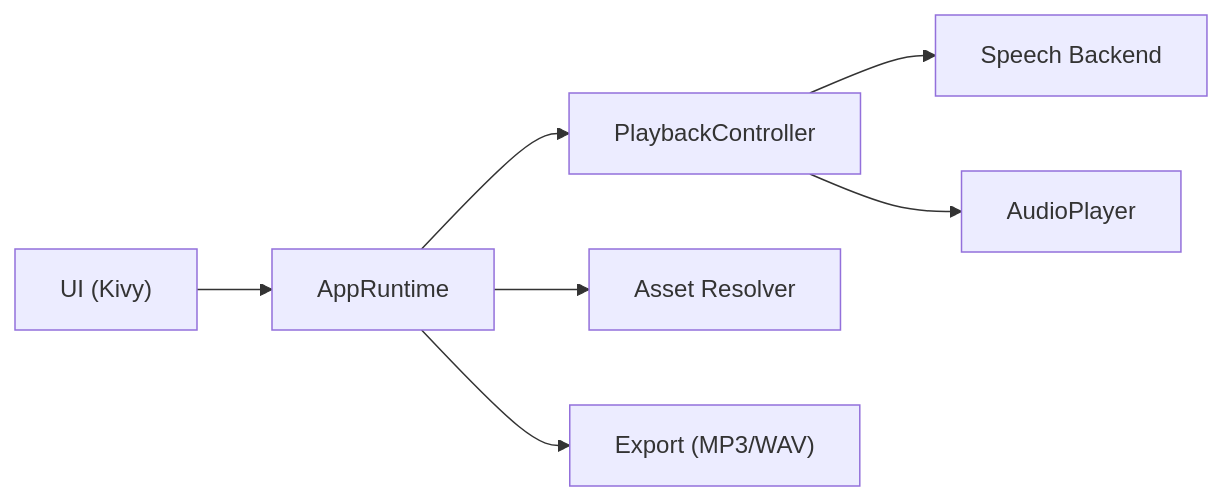
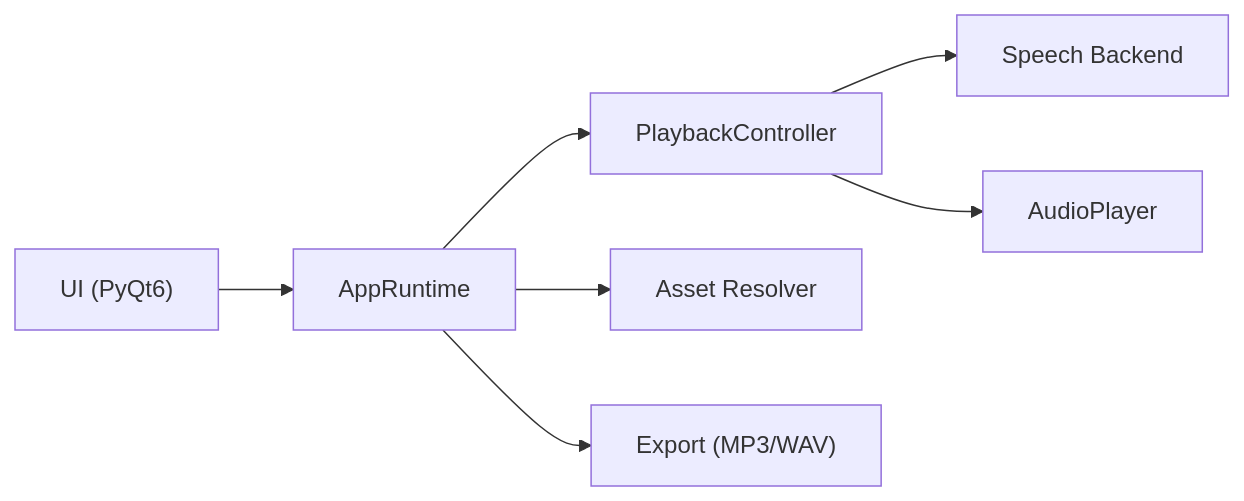
The diagram in docs/architecture.md (ematta/kookie), drawn with Mermaid before and after one commit. The commit also changed 9 other files, not shown here.

````diff
--- a/docs/architecture.md
+++ b/docs/architecture.md
@@ -19,9 +19,9 @@
 ```mermaid
 flowchart LR
-    A["UI (Kivy)"] --> B["AppRuntime"]
+    A["UI (PyQt6)"] --> B["AppRuntime"]
     B --> C["PlaybackController"]
     C --> D["Speech Backend"]
     C --> E["AudioPlayer"]
     B --> F["Asset Resolver"]
     B --> G["Export (MP3/WAV)"]
 ```
````
